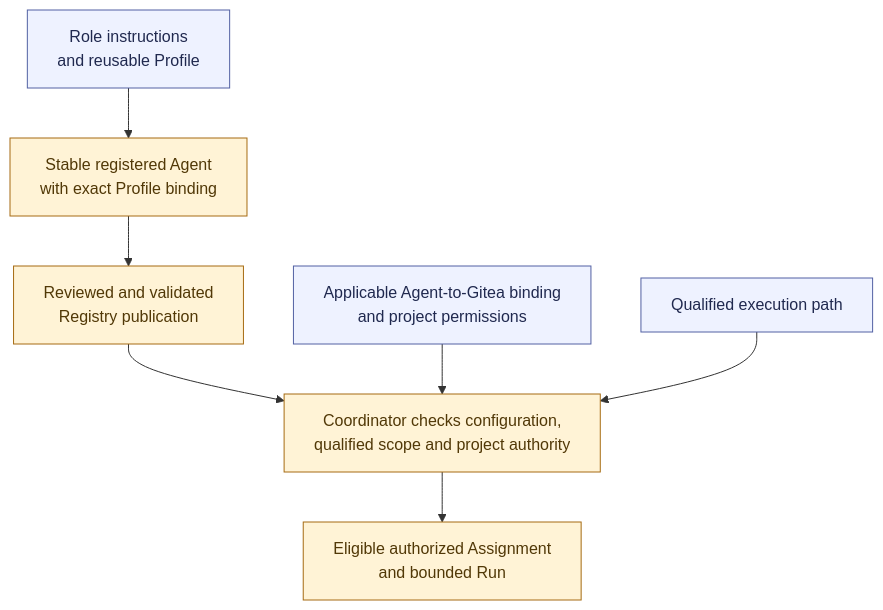
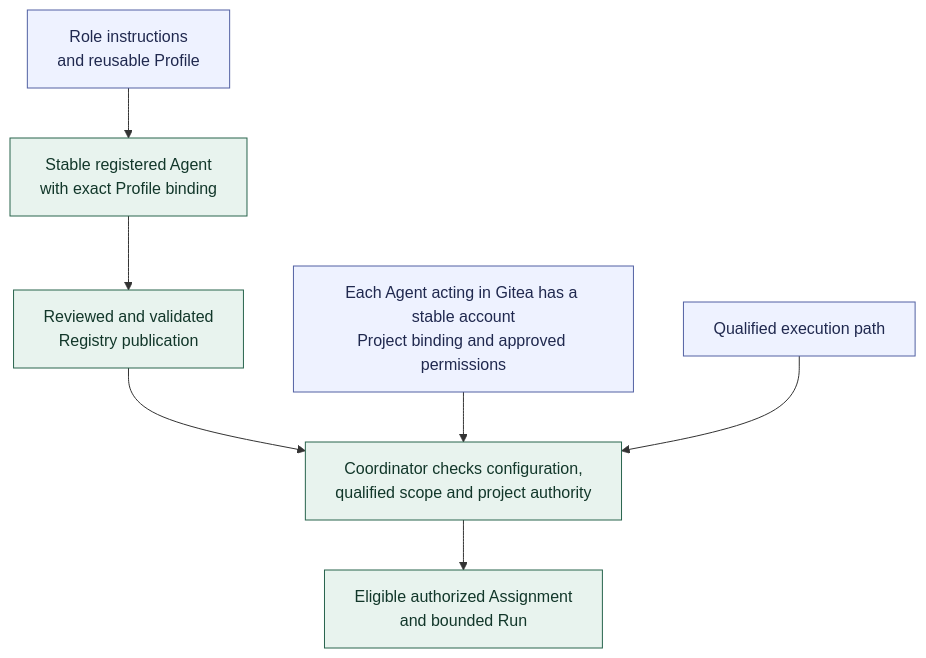
The diagram in docs/diagrams/agent-setup-and-gitea.md (andrii2g/mobiraeon), drawn with Mermaid before and after one commit. The commit also changed other lines of this file and 10 other files, not shown here.

Commit message:
added agent registry documentation updated architecture updated decisions with details about agent registry

````diff
--- a/docs/diagrams/agent-setup-and-gitea.md
+++ b/docs/diagrams/agent-setup-and-gitea.md
@@ -5,19 +5,19 @@
 ```mermaid
 ---
 config:
   flowchart:
     wrappingWidth: 280
 ---
 flowchart TB
     PROFILE["Role instructions<br/>and reusable Profile"] --> AGENT["Stable registered Agent<br/>with exact Profile binding"]
     AGENT --> PUBLISH["Reviewed and validated<br/>Registry publication"]
     PUBLISH --> ELIGIBLE["Coordinator checks configuration,<br/>qualified scope and project authority"]
-    FORGE["Applicable Agent-to-Gitea binding<br/>and project permissions"] --> ELIGIBLE
+    FORGE["Each Agent acting in Gitea has a stable account<br/>Project binding and approved permissions"] --> ELIGIBLE
     QUALIFIED["Qualified execution path"] --> ELIGIBLE
     ELIGIBLE --> RUN["Eligible authorized Assignment<br/>and bounded Run"]
 
-    classDef proposed fill:#fff3d6,stroke:#a66b12,color:#513807;
+    classDef agreed fill:#e8f3ee,stroke:#28644d,color:#12372a;
     classDef boundary fill:#eef2ff,stroke:#5261a3,color:#20294f;
-    class AGENT,PUBLISH,ELIGIBLE,RUN proposed;
+    class AGENT,PUBLISH,ELIGIBLE,RUN agreed;
     class PROFILE,FORGE,QUALIFIED boundary;
 ```
````
